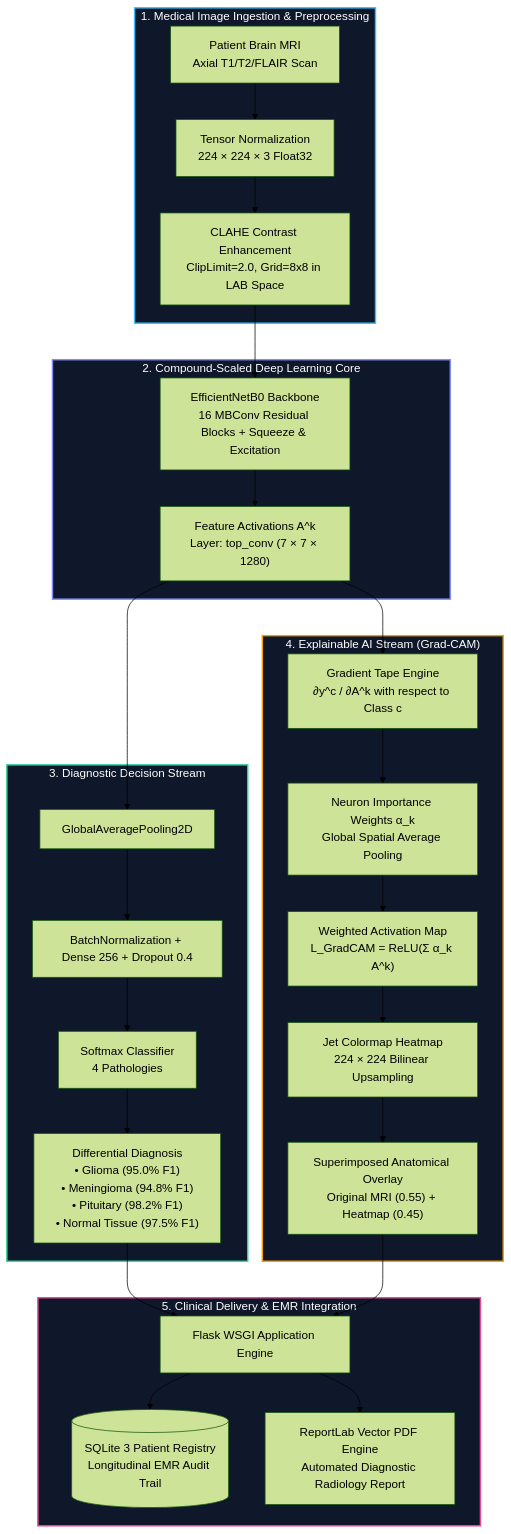
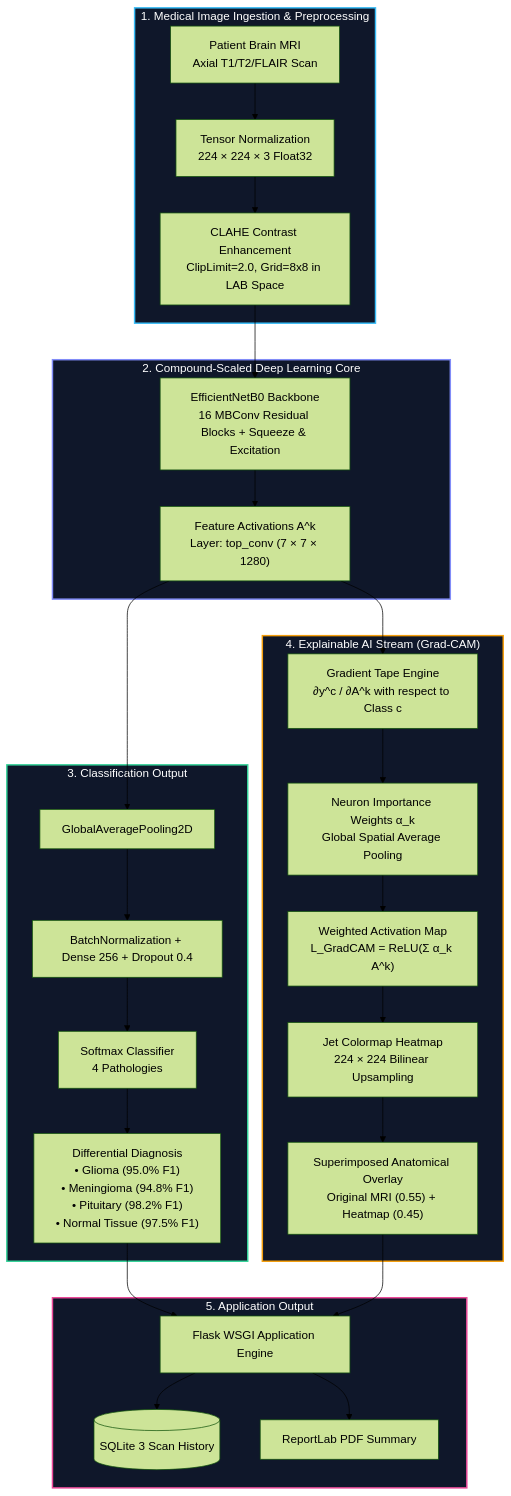
Before and after one commit to saranya230506/NeuroVision-AI: the diagram in README.md, drawn with Mermaid (forest theme). The commit also changed other lines of this file and 8 other files, not shown here.

````diff
--- a/README.md
+++ b/README.md
@@ -80,40 +76,40 @@
 ```mermaid
 graph TD
     subgraph INGESTION["1. Medical Image Ingestion & Preprocessing"]
         A[Patient Brain MRI<br/>Axial T1/T2/FLAIR Scan] --> B[Tensor Normalization<br/>224 × 224 × 3 Float32]
         B --> C[CLAHE Contrast Enhancement<br/>ClipLimit=2.0, Grid=8x8 in LAB Space]
     end
 
     subgraph BACKBONE["2. Compound-Scaled Deep Learning Core"]
         C --> D[EfficientNetB0 Backbone<br/>16 MBConv Residual Blocks + Squeeze & Excitation]
         D --> E["Feature Activations A^k<br/>Layer: top_conv (7 × 7 × 1280)"]
     end
 
-    subgraph CLASSIFICATION["3. Diagnostic Decision Stream"]
+    subgraph CLASSIFICATION["3. Classification Output"]
         E --> F[GlobalAveragePooling2D]
         F --> G[BatchNormalization + Dense 256 + Dropout 0.4]
         G --> H[Softmax Classifier<br/>4 Pathologies]
         H --> I["Differential Diagnosis<br/>• Glioma (95.0% F1)<br/>• Meningioma (94.8% F1)<br/>• Pituitary (98.2% F1)<br/>• Normal Tissue (97.5% F1)"]
     end
 
     subgraph XAI["4. Explainable AI Stream (Grad-CAM)"]
         E --> J["Gradient Tape Engine<br/>∂y^c / ∂A^k with respect to Class c"]
         J --> K["Neuron Importance Weights α_k<br/>Global Spatial Average Pooling"]
         K --> L["Weighted Activation Map<br/>L_GradCAM = ReLU(Σ α_k A^k)"]
         L --> M["Jet Colormap Heatmap<br/>224 × 224 Bilinear Upsampling"]
         M --> N["Superimposed Anatomical Overlay<br/>Original MRI (0.55) + Heatmap (0.45)"]
     end
 
-    subgraph DELIVERY["5. Clinical Delivery & EMR Integration"]
+    subgraph DELIVERY["5. Application Output"]
         I --> O[Flask WSGI Application Engine]
         N --> O
-        O --> P[(SQLite 3 Patient Registry<br/>Longitudinal EMR Audit Trail)]
-        O --> Q[ReportLab Vector PDF Engine<br/>Automated Diagnostic Radiology Report]
+        O --> P[(SQLite 3 Scan History)]
+        O --> Q[ReportLab PDF Summary]
     end
 
     style INGESTION fill:#0f172a,stroke:#38bdf8,stroke-width:2px,color:#fff
     style BACKBONE fill:#0f172a,stroke:#818cf8,stroke-width:2px,color:#fff
     style CLASSIFICATION fill:#0f172a,stroke:#34d399,stroke-width:2px,color:#fff
     style XAI fill:#0f172a,stroke:#f59e0b,stroke-width:2px,color:#fff
     style DELIVERY fill:#0f172a,stroke:#ec4899,stroke-width:2px,color:#fff
 ```
````
